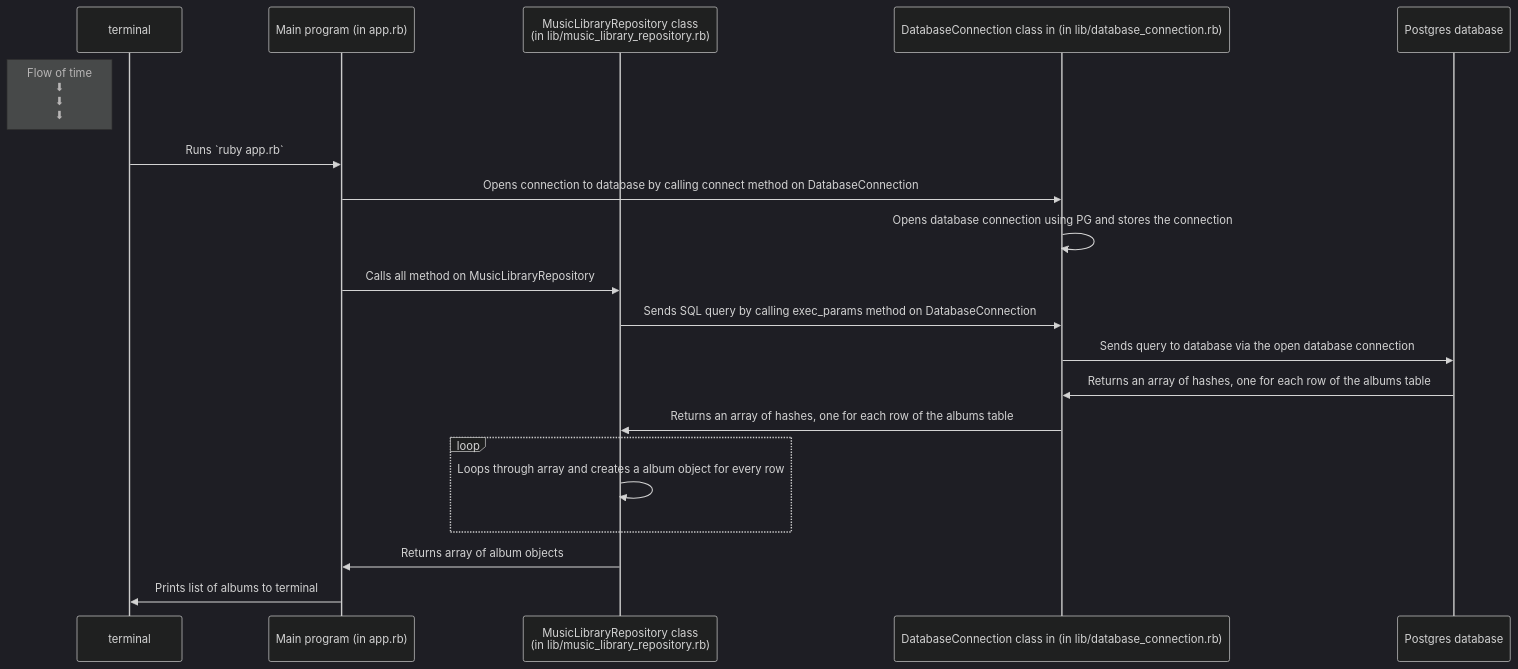
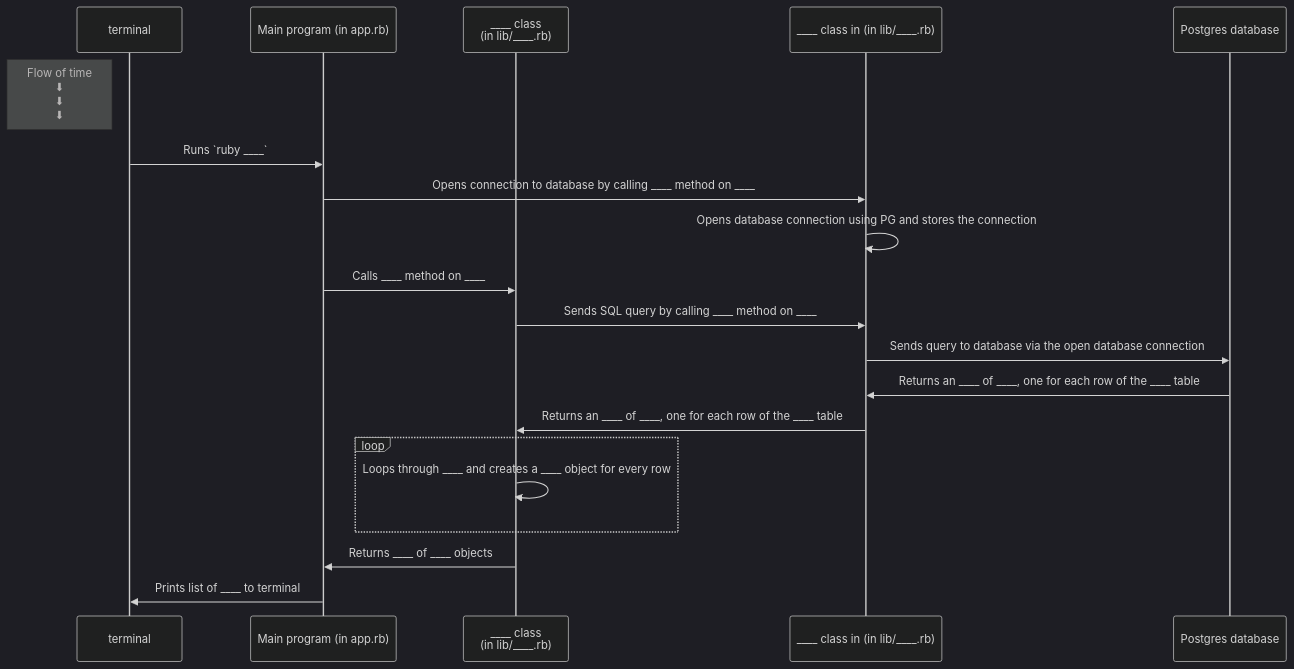
One commit to oanapintoiu/Project-PSQL changed the diagram in diagrams/challege.md. Above: the diagram before and after it, drawn with Mermaid (dark theme).

Commit message:
step 3 challenge prep

````diff
--- a/diagrams/challege.md
+++ b/diagrams/challege.md
@@ -15,25 +15,26 @@
 ```mermaid
 sequenceDiagram
     participant t as terminal
     participant app as Main program (in app.rb)
-    participant ar as MusicLibraryRepository class <br /> (in lib/music_library_repository.rb)
-    participant db_conn as DatabaseConnection class in (in lib/database_connection.rb)
+    participant ar as ____ class <br /> (in lib/____.rb)
+    participant db_conn as ____ class in (in lib/____.rb)
     participant db as Postgres database
 
     Note left of t: Flow of time <br />⬇ <br /> ⬇ <br /> ⬇ 
 
-    t->>app: Runs `ruby app.rb`
-    app->>db_conn: Opens connection to database by calling connect method on DatabaseConnection
+    t->>app: Runs `ruby ____`
+    app->>db_conn: Opens connection to database by calling ____ method on ____
     db_conn->>db_conn: Opens database connection using PG and stores the connection
-    app->>ar: Calls all method on MusicLibraryRepository
-    ar->>db_conn: Sends SQL query by calling exec_params method on DatabaseConnection
+    app->>ar: Calls ____ method on ____
+    ar->>db_conn: Sends SQL query by calling ____ method on ____
     db_conn->>db: Sends query to database via the open database connection
-    db->>db_conn: Returns an array of hashes, one for each row of the albums table
+    db->>db_conn: Returns an ____ of ____, one for each row of the ____ table
 
-    db_conn->>ar: Returns an array of hashes, one for each row of the albums table
+    db_conn->>ar: Returns an ____ of ____, one for each row of the ____ table
     loop 
-        ar->>ar: Loops through array and creates a album object for every row
+        ar->>ar: Loops through ____ and creates a ____ object for every row
     end
-    ar->>app: Returns array of album objects
-    app->>t: Prints list of albums to terminal
+    ar->>app: Returns ____ of ____ objects
+    app->>t: Prints list of ____ to terminal
+
 ```
````
